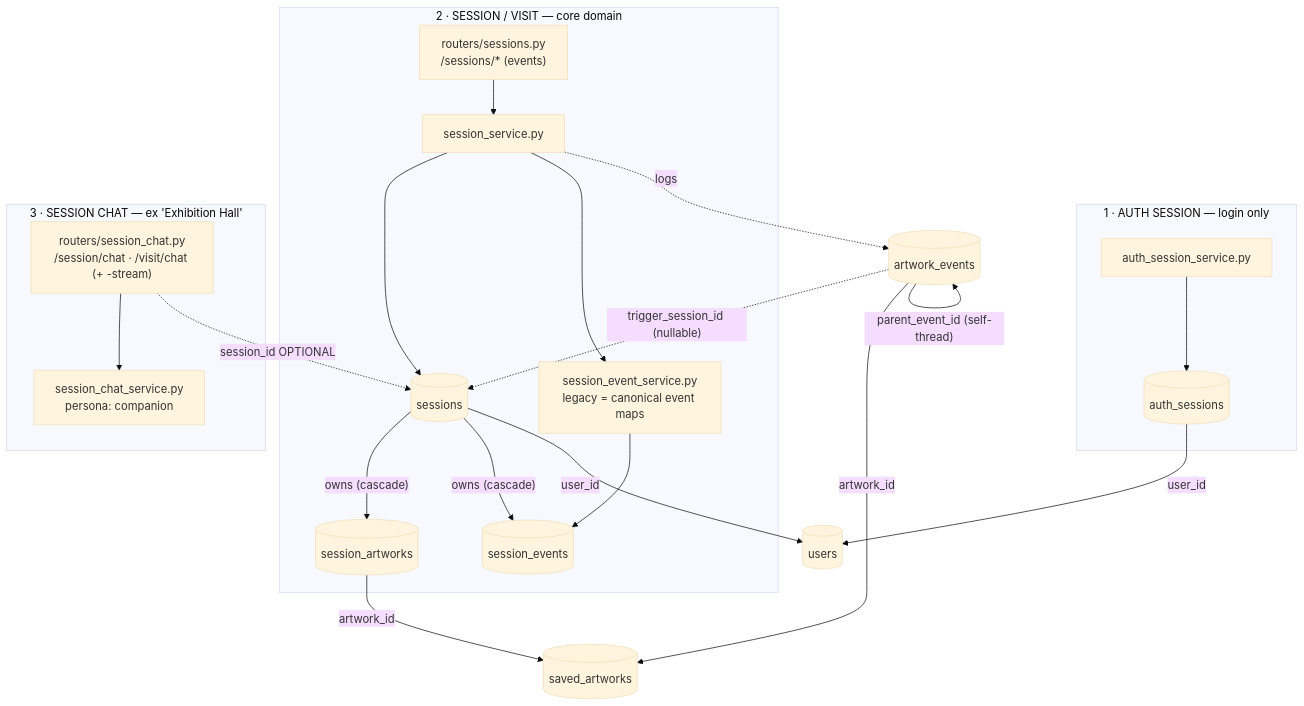
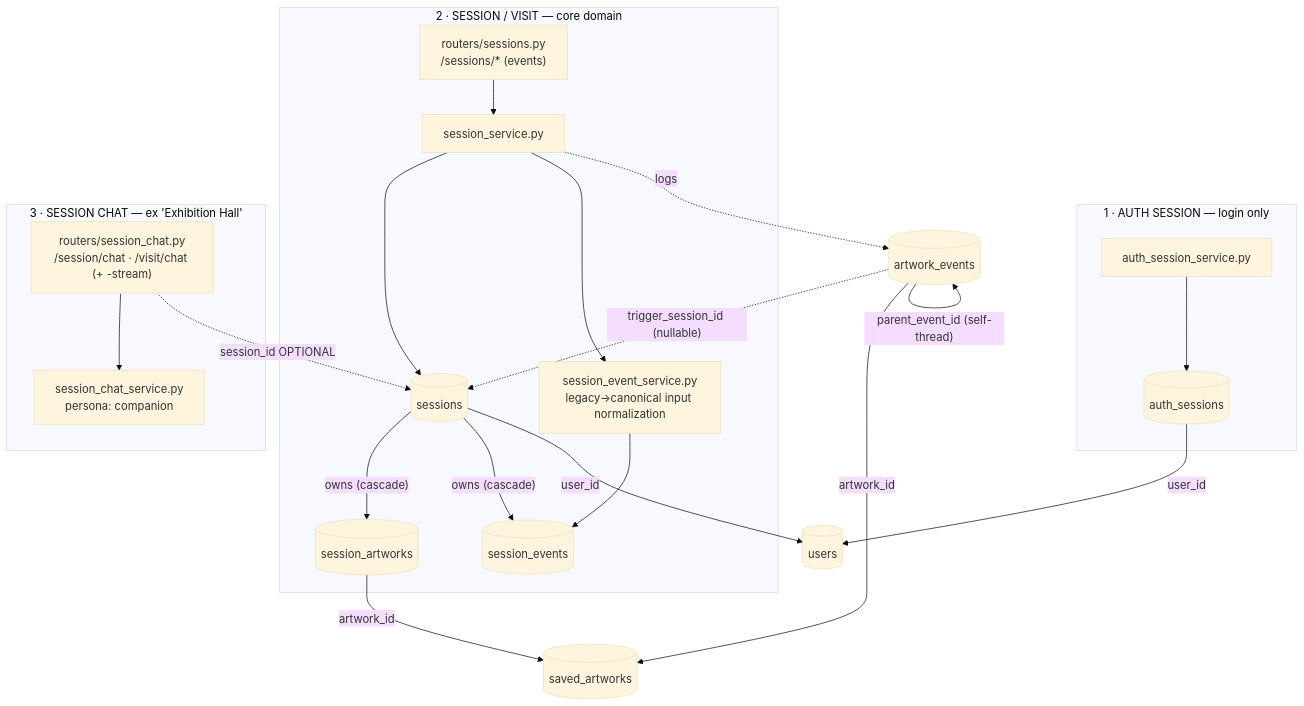
The diagram in CLAUDE.md (qinzzz/Musee), drawn with Mermaid (base theme) before and after one commit. The commit also changed other lines of this file, not shown here.

Commit message:
Update Session subsystems doc: event vocabulary is now canonical (#134)
Tier 2 (#131, #133) removed the legacy `type` field from session-event
responses, so the CLAUDE.md note describing a live dual `type`/`event_type`
serialization was stale. Correct it: responses now carry a single canonical
`event_type`; the retained maps are for input tolerance + deriving canonical
from the stored column. Also relabel the diagram node accordingly.

````diff
--- a/CLAUDE.md
+++ b/CLAUDE.md
@@ -62,34 +62,34 @@
 ```mermaid
 flowchart TD
     users[("users")]
 
     subgraph AUTH["1 · AUTH SESSION — login only"]
         Sauth["auth_session_service.py"] --> Tauth[("auth_sessions")]
     end
 
     subgraph VISIT["2 · SESSION / VISIT — core domain"]
         Rsess["routers/sessions.py<br/>/sessions/* (events)"]
         Ssess["session_service.py"]
-        Sevent["session_event_service.py<br/>legacy = canonical event maps"]
+        Sevent["session_event_service.py<br/>legacy→canonical input normalization"]
         Tsess[("sessions")]
         Rsess --> Ssess --> Tsess
         Ssess --> Sevent --> Tsev[("session_events")]
         Tsess -->|"owns (cascade)"| Tsart[("session_artworks")]
         Tsess -->|"owns (cascade)"| Tsev
     end
 
     subgraph CHAT["3 · SESSION CHAT — ex 'Exhibition Hall'"]
         Rchat["routers/session_chat.py<br/>/session/chat · /visit/chat (+ -stream)"] --> Schat["session_chat_service.py<br/>persona: companion"]
     end
 
     saved[("saved_artworks")]
     aev[("artwork_events")]
     Tsart -->|artwork_id| saved
     Ssess -.->|logs| aev
     aev -->|artwork_id| saved
     aev -.->|"trigger_session_id (nullable)"| Tsess
     aev -->|"parent_event_id (self-thread)"| aev
     Rchat -.->|"session_id OPTIONAL"| Tsess
     Tsess -->|user_id| users
     Tauth -->|user_id| users
 ```
````
